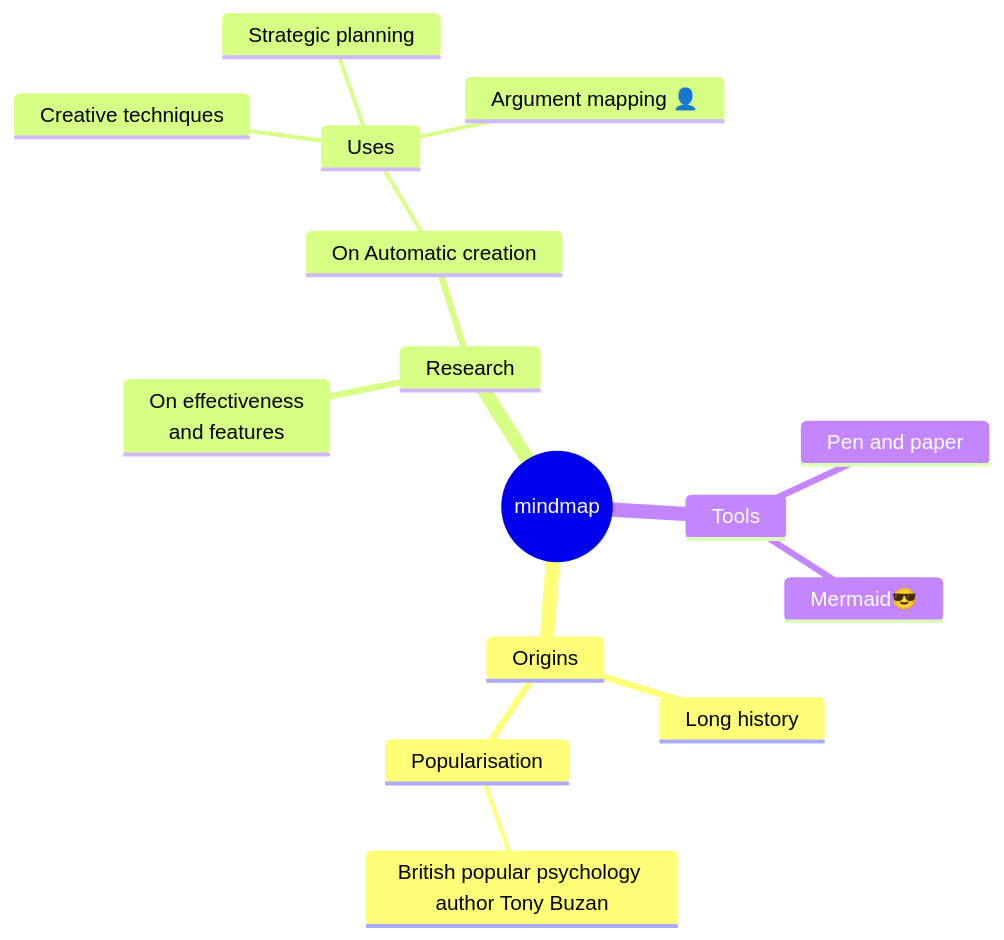
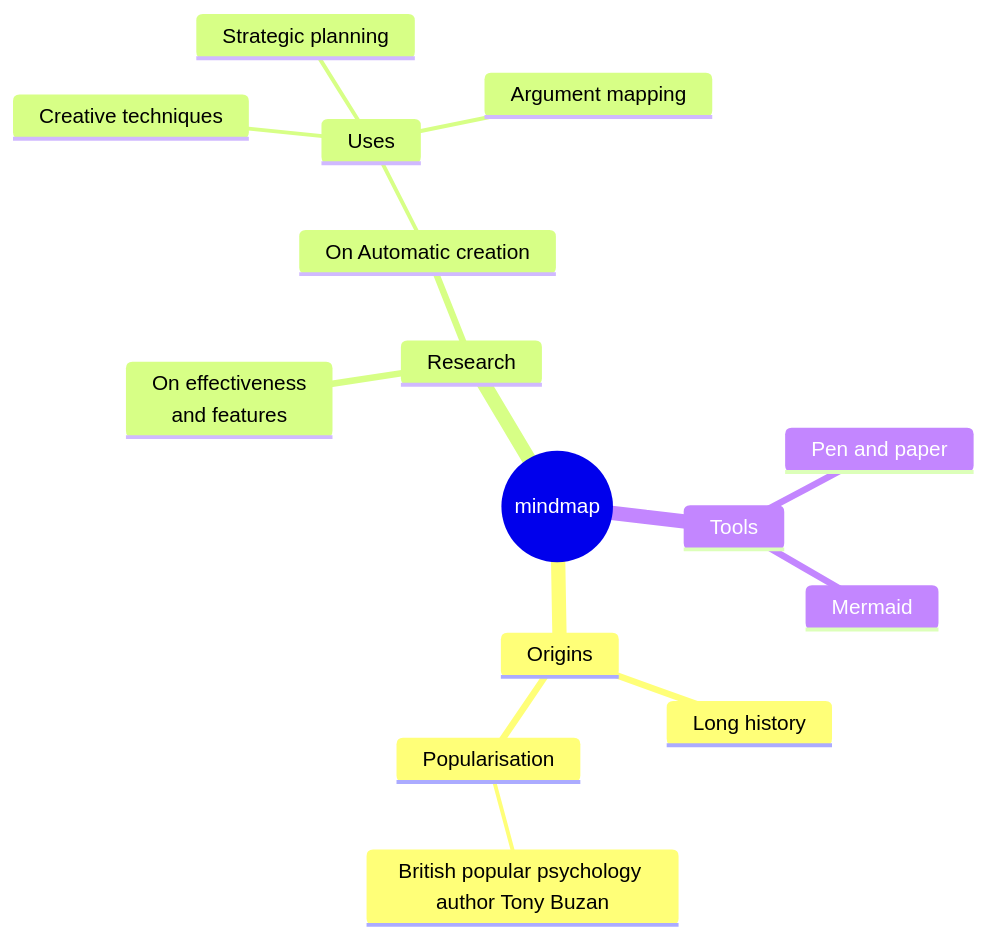
Before and after one commit to singhanmolpreet/mermaid: the fifth of 7 diagrams in mermaid.md, drawn with Mermaid. The commit also changed other lines of this file, not shown here.

````diff
--- a/mermaid.md
+++ b/mermaid.md
@@ -47,19 +47,18 @@
 ``` mermaid
 mindmap
   root((mindmap))
     Origins
       Long history
-      ::icon(fa fa-book)
       Popularisation
         British popular psychology author Tony Buzan
     Research
       On effectiveness<br/>and features
       On Automatic creation
         Uses
             Creative techniques
             Strategic planning
-            Argument mapping 👤
+            Argument mapping
     Tools
       Pen and paper
-      Mermaid😎
+      Mermaid
 ```
````
